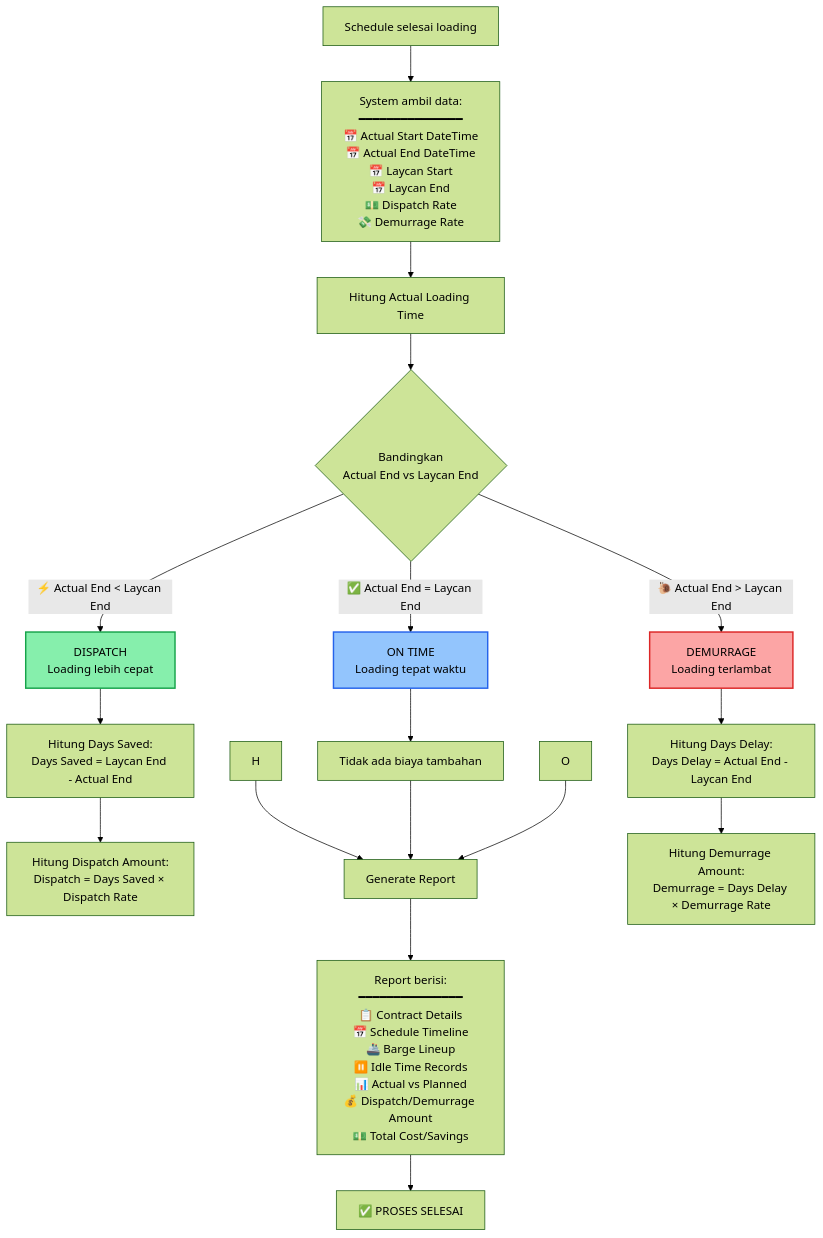
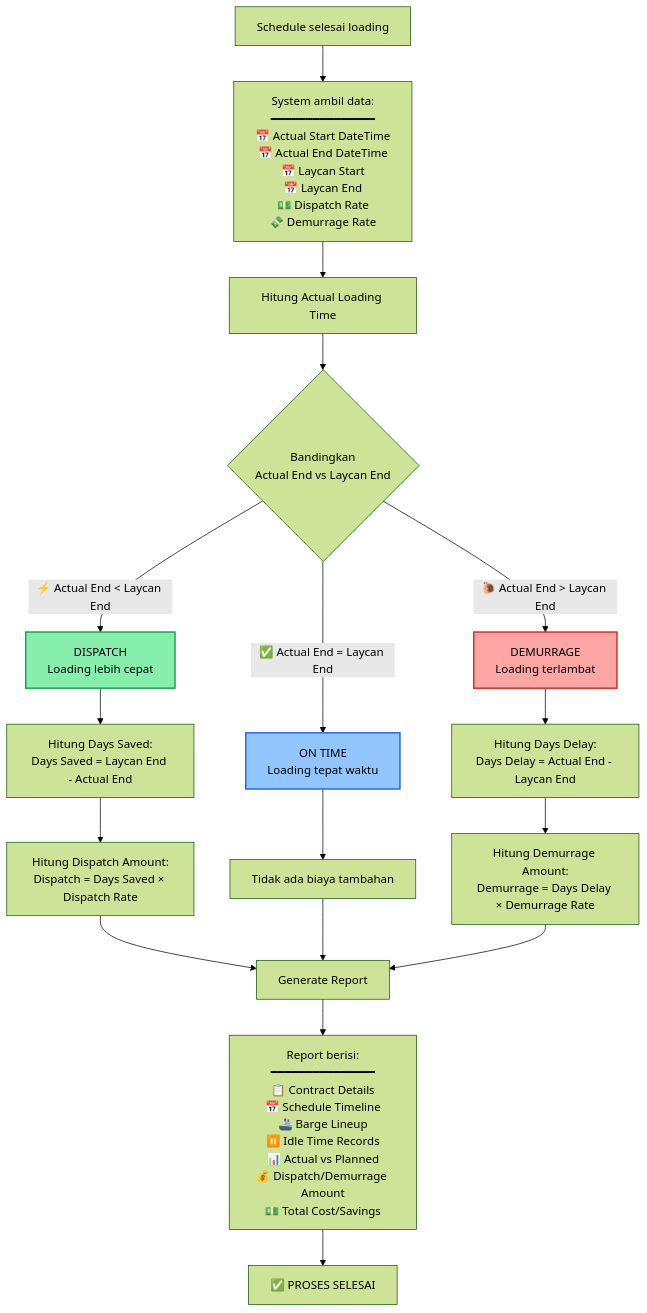
Before and after one commit to steveger31/flf-draft-flow: the eighth of 10 diagrams in system-architecture-flowchart.md, drawn with Mermaid (forest theme).

````diff
--- a/system-architecture-flowchart.md
+++ b/system-architecture-flowchart.md
@@ -248,31 +248,31 @@
 ```mermaid
 flowchart TD
     A[Schedule selesai loading] --> B[System ambil data:<br/>━━━━━━━━━━━━━━━<br/>📅 Actual Start DateTime<br/>📅 Actual End DateTime<br/>📅 Laycan Start<br/>📅 Laycan End<br/>💵 Dispatch Rate<br/>💸 Demurrage Rate]
     
     B --> C[Hitung Actual Loading Time]
     C --> D{Bandingkan<br/>Actual End vs Laycan End}
     
     D -->|⚡ Actual End < Laycan End| E[DISPATCH<br/>Loading lebih cepat]
     E --> F[Hitung Days Saved:<br/>Days Saved = Laycan End - Actual End]
     F --> G[Hitung Dispatch Amount:<br/>Dispatch = Days Saved × Dispatch Rate]
     
-    H --> M
+    G --> M
     
     D -->|✅ Actual End = Laycan End| I[ON TIME<br/>Loading tepat waktu]
     I --> J[Tidak ada biaya tambahan]
     J --> M
     
     D -->|🐌 Actual End > Laycan End| K[DEMURRAGE<br/>Loading terlambat]
     K --> L[Hitung Days Delay:<br/>Days Delay = Actual End - Laycan End]
     L --> N[Hitung Demurrage Amount:<br/>Demurrage = Days Delay × Demurrage Rate]
     
-    O --> M
+    N --> M
     
     M[Generate Report]
     M --> P[Report berisi:<br/>━━━━━━━━━━━━━━━<br/>📋 Contract Details<br/>📅 Schedule Timeline<br/>🚢 Barge Lineup<br/>⏸️ Idle Time Records<br/>📊 Actual vs Planned<br/>💰 Dispatch/Demurrage Amount<br/>💵 Total Cost/Savings]
     P --> Q[✅ PROSES SELESAI]
     
     style E fill:#86efac,stroke:#16a34a,stroke-width:2px
     style K fill:#fca5a5,stroke:#dc2626,stroke-width:2px
     style I fill:#93c5fd,stroke:#2563eb,stroke-width:2px
 ```
````
